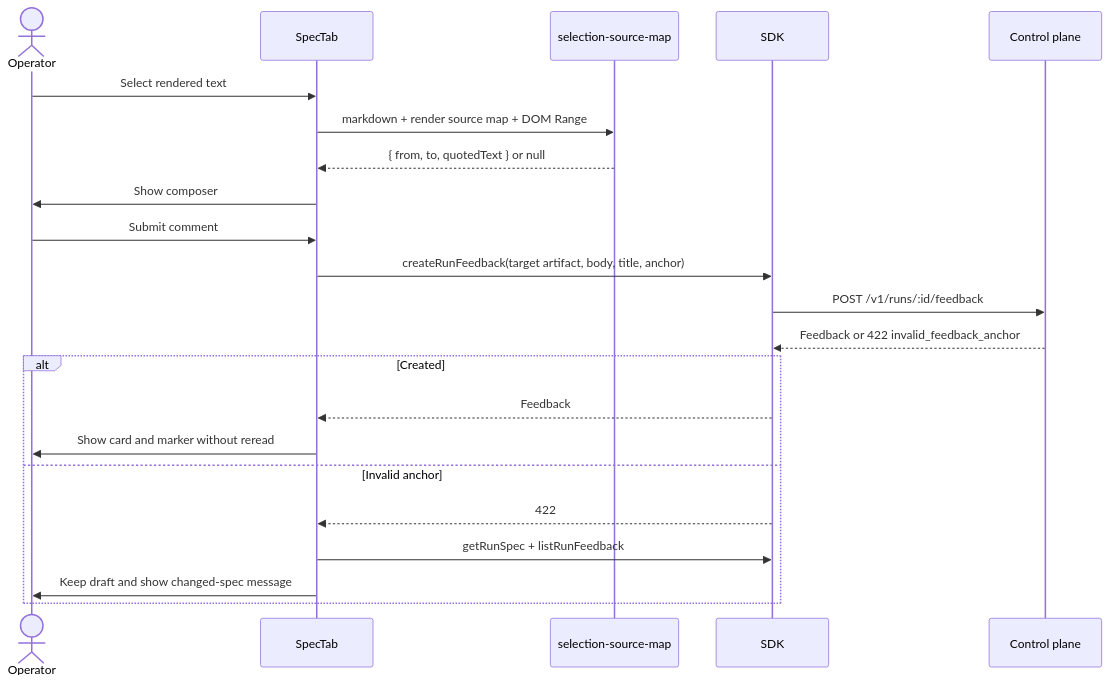
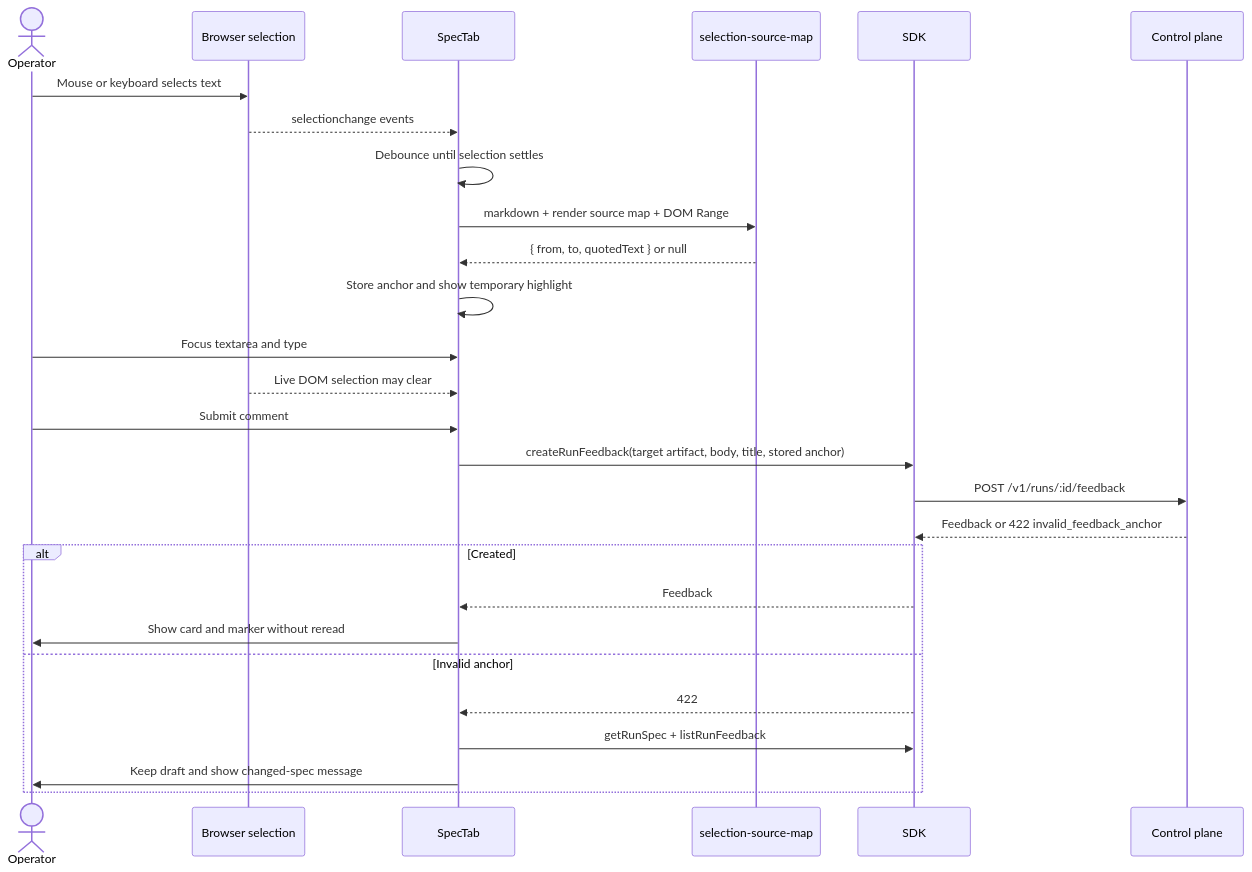
One commit to markdstafford/autocatalyst changed the fourth of 4 diagrams in context-human/specs/feature-review-spec-anchored-comments.md. Above: the diagram before and after it, drawn with Mermaid. The commit also changed other lines of this file, not shown here.

Commit message:
docs: revise feature spec review-spec-anchored-comments

````diff
--- a/context-human/specs/feature-review-spec-anchored-comments.md
+++ b/context-human/specs/feature-review-spec-anchored-comments.md
@@ -216,25 +229,30 @@
 ```mermaid
 sequenceDiagram
     actor Operator
+    participant Browser as Browser selection
     participant SpecTab
     participant Mapper as selection-source-map
     participant SDK
     participant API as Control plane
 
-    Operator->>SpecTab: Select rendered text
+    Operator->>Browser: Mouse or keyboard selects text
+    Browser-->>SpecTab: selectionchange events
+    SpecTab->>SpecTab: Debounce until selection settles
     SpecTab->>Mapper: markdown + render source map + DOM Range
     Mapper-->>SpecTab: { from, to, quotedText } or null
-    SpecTab->>Operator: Show composer
+    SpecTab->>SpecTab: Store anchor and show temporary highlight
+    Operator->>SpecTab: Focus textarea and type
+    Browser-->>SpecTab: Live DOM selection may clear
     Operator->>SpecTab: Submit comment
-    SpecTab->>SDK: createRunFeedback(target artifact, body, title, anchor)
+    SpecTab->>SDK: createRunFeedback(target artifact, body, title, stored anchor)
     SDK->>API: POST /v1/runs/:id/feedback
     API-->>SDK: Feedback or 422 invalid_feedback_anchor
     alt Created
       SDK-->>SpecTab: Feedback
       SpecTab->>Operator: Show card and marker without reread
     else Invalid anchor
       SDK-->>SpecTab: 422
       SpecTab->>SDK: getRunSpec + listRunFeedback
       SpecTab->>Operator: Keep draft and show changed-spec message
     end
 ```
````
